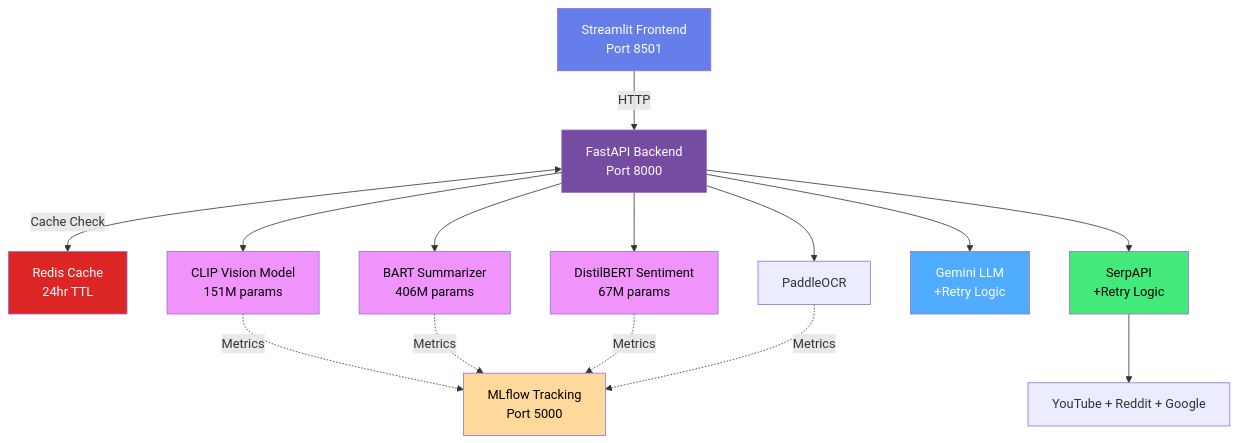
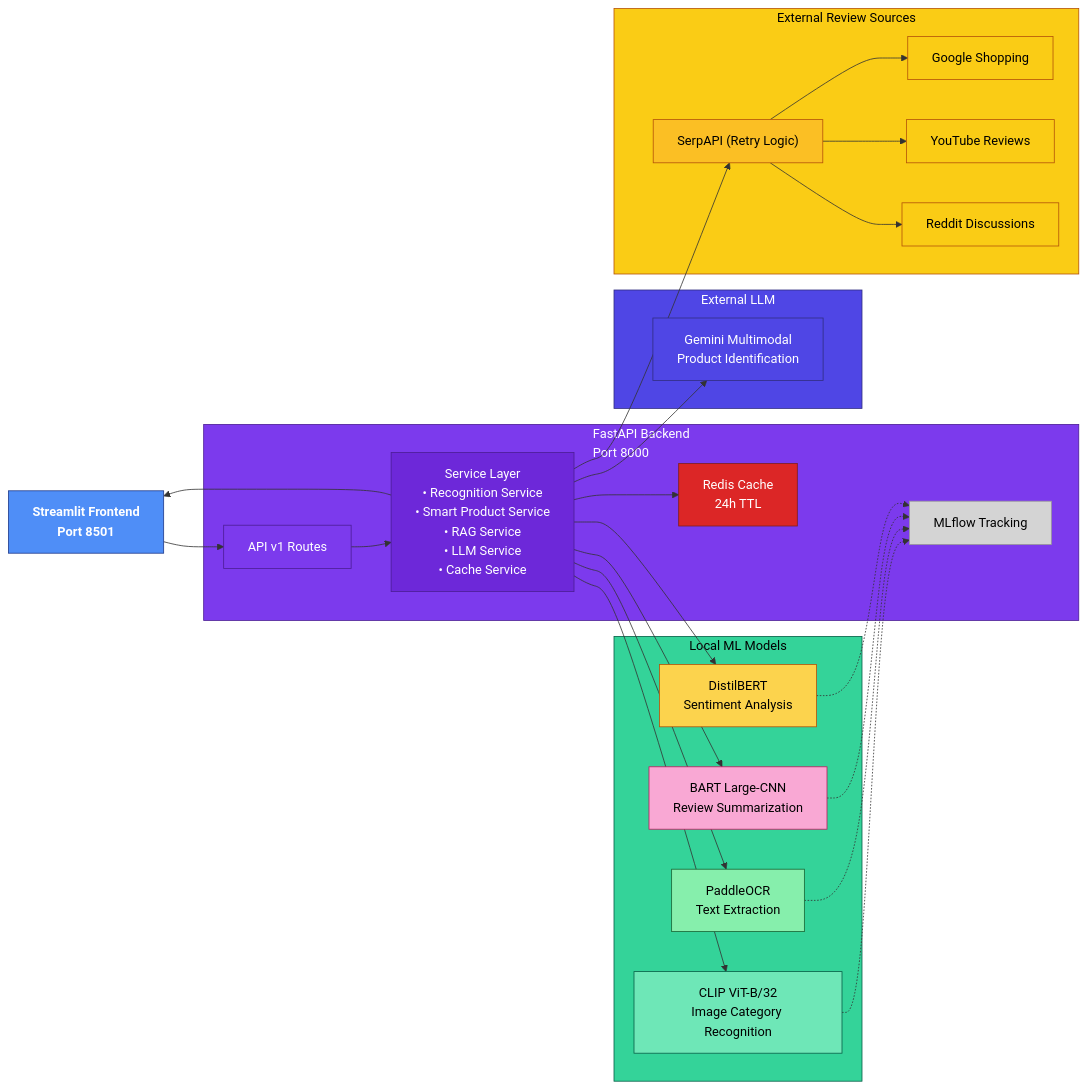
The first of 11 diagrams in docs/ARCHITECTURE.md (Shabeehak/ClarifyProductsAI), drawn with Mermaid before and after one commit. The commit also changed other lines of this file and 3 other files, not shown here.

````diff
--- a/docs/ARCHITECTURE.md
+++ b/docs/ARCHITECTURE.md
@@ -9,42 +9,94 @@
 ```mermaid
-graph TB
-    UI[Streamlit Frontend<br/>Port 8501]
-    API[FastAPI Backend<br/>Port 8000]
-    Redis[Redis Cache<br/>24hr TTL]
+graph LR
+    UI["Streamlit Frontend<br/>Port 8501"]
 
-    CLIP[CLIP Vision Model<br/>151M params]
-    BART[BART Summarizer<br/>406M params]
-    DistilBERT[DistilBERT Sentiment<br/>67M params]
-    OCR[PaddleOCR]
-    Gemini[Gemini LLM<br/>+Retry Logic]
+    subgraph API["FastAPI Backend<br/>Port 8000"]
+        ROUTES["API v1 Routes"]
+        SERVICES["Service Layer<br/>• Recognition Service<br/>• Smart Product Service<br/>• RAG Service<br/>• LLM Service<br/>• Cache Service"]
+        CACHE["Redis Cache<br/>24h TTL"]
+        MLOPS["MLflow Tracking"]
+    end
 
-    SerpAPI[SerpAPI<br/>+Retry Logic]
-    Sources[YouTube + Reddit + Google]
-    MLflow[MLflow Tracking<br/>Port 5000]
+    subgraph MODELS["Local ML Models"]
+        CLIP["CLIP ViT-B/32<br/>Image Category Recognition"]
+        OCR["PaddleOCR<br/>Text Extraction"]
+        BART["BART Large-CNN<br/>Review Summarization"]
+        DISTILBERT["DistilBERT<br/>Sentiment Analysis"]
+    end
 
-    UI -->|HTTP| API
-    API <-->|Cache Check| Redis
-    API --> CLIP
-    API --> BART
-    API --> DistilBERT
-    API --> OCR
-    API --> Gemini
-    API --> SerpAPI
+    subgraph LLM["External LLM"]
+        GEM["Gemini Multimodal<br/>Product Identification"]
+    end
 
-    SerpAPI --> Sources
+    subgraph SEARCH["External Review Sources"]
+        SERP["SerpAPI (Retry Logic)"]
+        GOOGLE["Google Shopping"]
+        YT["YouTube Reviews"]
+        REDDIT["Reddit Discussions"]
+    end
 
-    CLIP -.->|Metrics| MLflow
-    BART -.->|Metrics| MLflow
-    DistilBERT -.->|Metrics| MLflow
-    OCR -.->|Metrics| MLflow
+    UI --> ROUTES
+    ROUTES --> SERVICES
 
-    style UI fill:#667eea,color:#fff
-    style API fill:#764ba2,color:#fff
-    style Redis fill:#dc2626,color:#fff
-    style CLIP fill:#f093fb,color:#000
-    style BART fill:#f093fb,color:#000
-    style DistilBERT fill:#f093fb,color:#000
-    style Gemini fill:#4facfe,color:#fff
-    style SerpAPI fill:#43e97b,color:#000
-    style MLflow fill:#ffd89b,color:#000
+    SERVICES --> CACHE
+    SERVICES --> CLIP
+    SERVICES --> OCR
+    SERVICES --> BART
+    SERVICES --> DISTILBERT
+    SERVICES --> GEM
+
+    SERVICES --> SERP
+    SERP --> GOOGLE
+    SERP --> YT
+    SERP --> REDDIT
+
+    CLIP -.-> MLOPS
+    OCR -.-> MLOPS
+    BART -.-> MLOPS
+    DISTILBERT -.-> MLOPS
+
+    SERVICES --> UI
+
+    %% ----------------------------------
+    %% COLOR DEFINITIONS
+    %% ----------------------------------
+    classDef ui fill:#4f8ef7,stroke:#1e3a8a,color:#fff,font-weight:bold;
+    classDef api fill:#7c3aed,stroke:#4c1d95,color:#fff;
+    classDef services fill:#6d28d9,stroke:#4c1d95,color:#fff;
+    classDef cache fill:#dc2626,stroke:#7f1d1d,color:#fff;
+    classDef mlops fill:#d4d4d4,stroke:#999,color:#000;
+
+    classDef models fill:#34d399,stroke:#065f46,color:#000;
+    classDef clip fill:#6ee7b7,stroke:#065f46,color:#000;
+    classDef bart fill:#f9a8d4,stroke:#be185d,color:#000;
+    classDef distil fill:#fcd34d,stroke:#b45309,color:#000;
+    classDef ocr fill:#86efac,stroke:#166534,color:#000;
+
+    classDef llm fill:#4f46e5,stroke:#312e81,color:#fff;
+
+    classDef search fill:#facc15,stroke:#b45309,color:#000;
+    classDef serp fill:#fbbf24,stroke:#b45309,color:#000;
+
+    %% ASSIGN COLORS
+    class UI ui;
+    class API api;
+    class ROUTES api;
+    class SERVICES services;
+    class CACHE cache;
+    class MLOPS mlops;
+
+    class MODELS models;
+    class CLIP clip;
+    class BART bart;
+    class DISTILBERT distil;
+    class OCR ocr;
+
+    class LLM llm;
+    class GEM llm;
+
+    class SEARCH search;
+    class SERP serp;
+    class GOOGLE search;
+    class YT search;
+    class REDDIT search;
 ```
````
